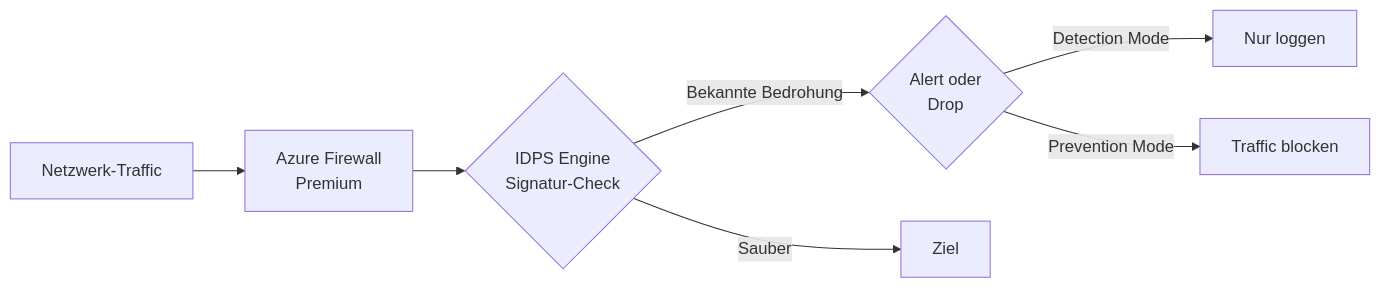
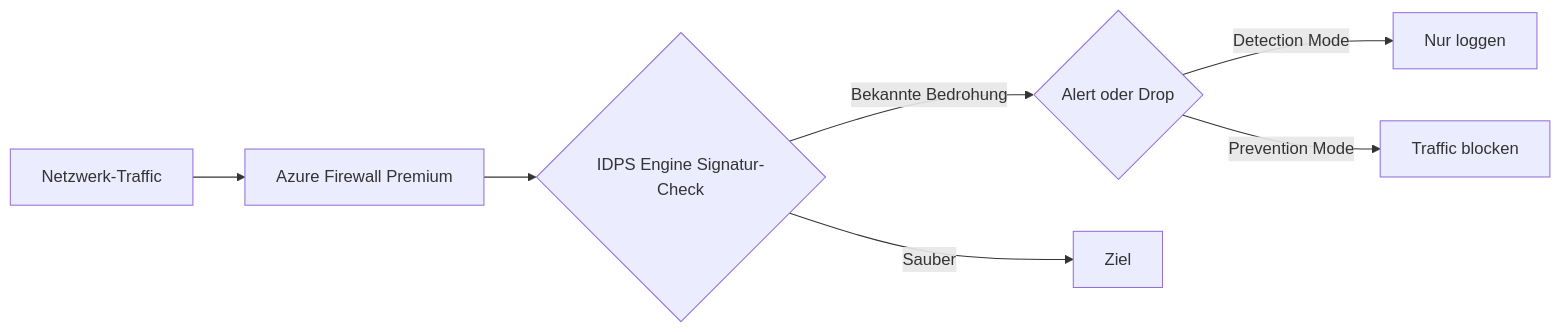
The second of 5 diagrams in Microsoft 365/Azure/Netzwerk/Azure Firewall.md (SoniiiT/notes-n-docs), drawn with Mermaid before and after one commit. The commit also changed other lines of this file and 124 other files, not shown here.

First line of the commit message:
fix: Entferne \n aus allen Mermaid-Diagrammen (125 Dateien)

````diff
--- a/Microsoft 365/Azure/Netzwerk/Azure Firewall.md
+++ b/Microsoft 365/Azure/Netzwerk/Azure Firewall.md
@@ -127,9 +127,9 @@
 ```mermaid
 graph LR
-    TRAFFIC[Netzwerk-Traffic] --> FW[Azure Firewall\nPremium]
-    FW --> IDPS{IDPS Engine\nSignatur-Check}
-    IDPS -->|Bekannte Bedrohung| ACTION{Alert oder\nDrop}
+    TRAFFIC[Netzwerk-Traffic] --> FW[Azure Firewall Premium]
+    FW --> IDPS{IDPS Engine Signatur-Check}
+    IDPS -->|Bekannte Bedrohung| ACTION{Alert oder Drop}
     IDPS -->|Sauber| DEST[Ziel]
     ACTION -->|Detection Mode| LOG[Nur loggen]
     ACTION -->|Prevention Mode| DROP[Traffic blocken]
 ```
````
